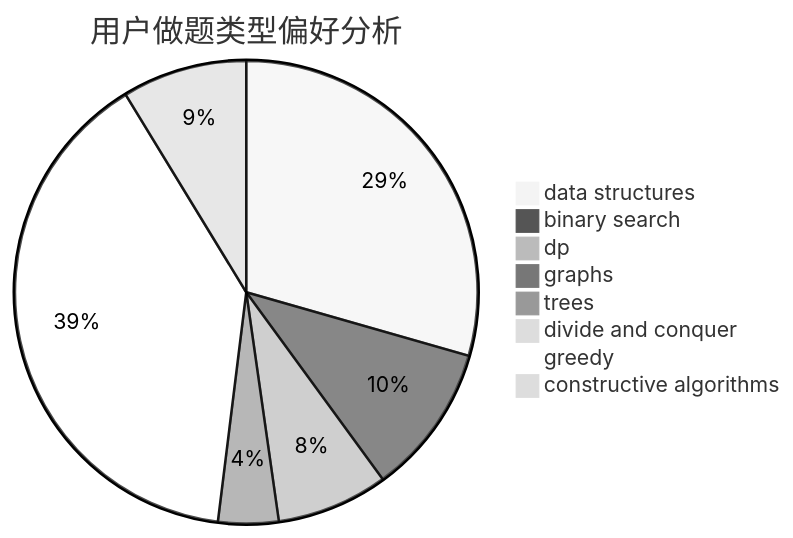
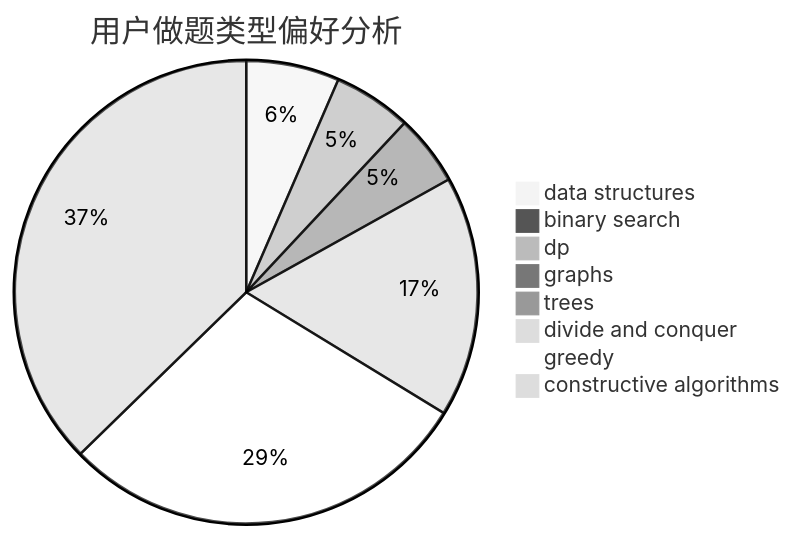
The second of 3 diagrams in docs/user/u1829.md (sherpahu/cfrs.github.io), drawn with Mermaid (neutral theme) before and after one commit. The commit also changed other lines of this file and 2770 other files, not shown here.

````diff
--- a/docs/user/u1829.md
+++ b/docs/user/u1829.md
@@ -23,11 +23,11 @@
 ```mermaid
 pie title 用户做题类型偏好分析
-    "data structures" :  503
-    "binary search" :  180
-    "dp" :  133
-    "graphs" :  3
-    "trees" :  72
-    "divide and conquer" :  16
-    "greedy" :  672
-    "constructive algorithms" :  149
+    "data structures" :  75
+    "binary search" :  6
+    "dp" :  63
+    "graphs" :  8
+    "trees" :  57
+    "divide and conquer" :  194
+    "greedy" :  334
+    "constructive algorithms" :  430
 ```
````
